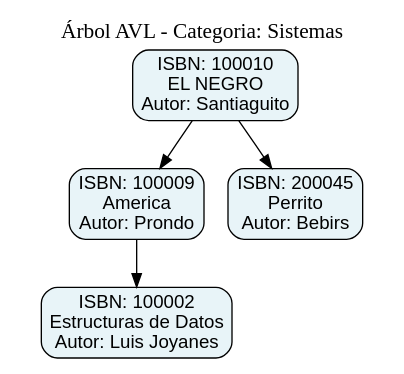
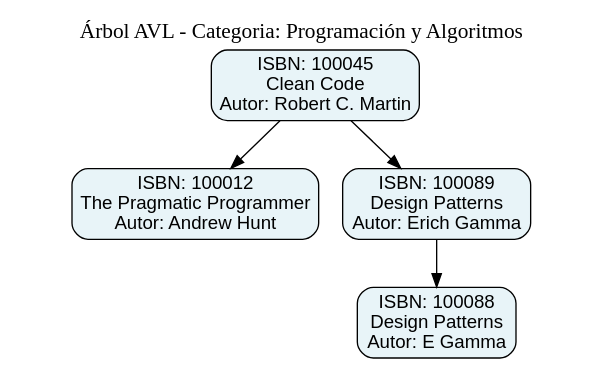
Before and after one commit to 4064998100101-cell/IPC2_Proy02_202602_202504191: the diagram in Proyecto2/wwwroot/avl_temp.dot, drawn with Graphviz. The commit also changed 2 other files, not shown here.

Commit message:
feat: Archivos de ejemplo para los distintos datos

```diff
--- a/Proyecto2/wwwroot/avl_temp.dot
+++ b/Proyecto2/wwwroot/avl_temp.dot
@@ -1,14 +1,14 @@
 digraph AVL {
   node [shape=box, style="rounded,filled", fillcolor="#e8f4f8", fontname="Arial"];
   edge [fontname="Arial"];
-  label="Árbol AVL - Categoria: Sistemas\n";
+  label="Árbol AVL - Categoria: Programación y Algoritmos\n";
   labelloc="top";
   fontsize=16;
-  isbn_100010 [label="ISBN: 100010\nEL NEGRO\nAutor: Santiaguito"];
-  isbn_100010 -> isbn_100009;
-  isbn_100009 [label="ISBN: 100009\nAmerica\nAutor: Prondo"];
-  isbn_100009 -> isbn_100002;
-  isbn_100002 [label="ISBN: 100002\nEstructuras de Datos\nAutor: Luis Joyanes"];
-  isbn_100010 -> isbn_200045;
-  isbn_200045 [label="ISBN: 200045\nPerrito\nAutor: Bebirs"];
+  isbn_100045 [label="ISBN: 100045\nClean Code\nAutor: Robert C. Martin"];
+  isbn_100045 -> isbn_100012;
+  isbn_100012 [label="ISBN: 100012\nThe Pragmatic Programmer\nAutor: Andrew Hunt"];
+  isbn_100045 -> isbn_100089;
+  isbn_100089 [label="ISBN: 100089\nDesign Patterns\nAutor: Erich Gamma"];
+  isbn_100089 -> isbn_100088;
+  isbn_100088 [label="ISBN: 100088\nDesign Patterns\nAutor: E Gamma"];
 }
```
